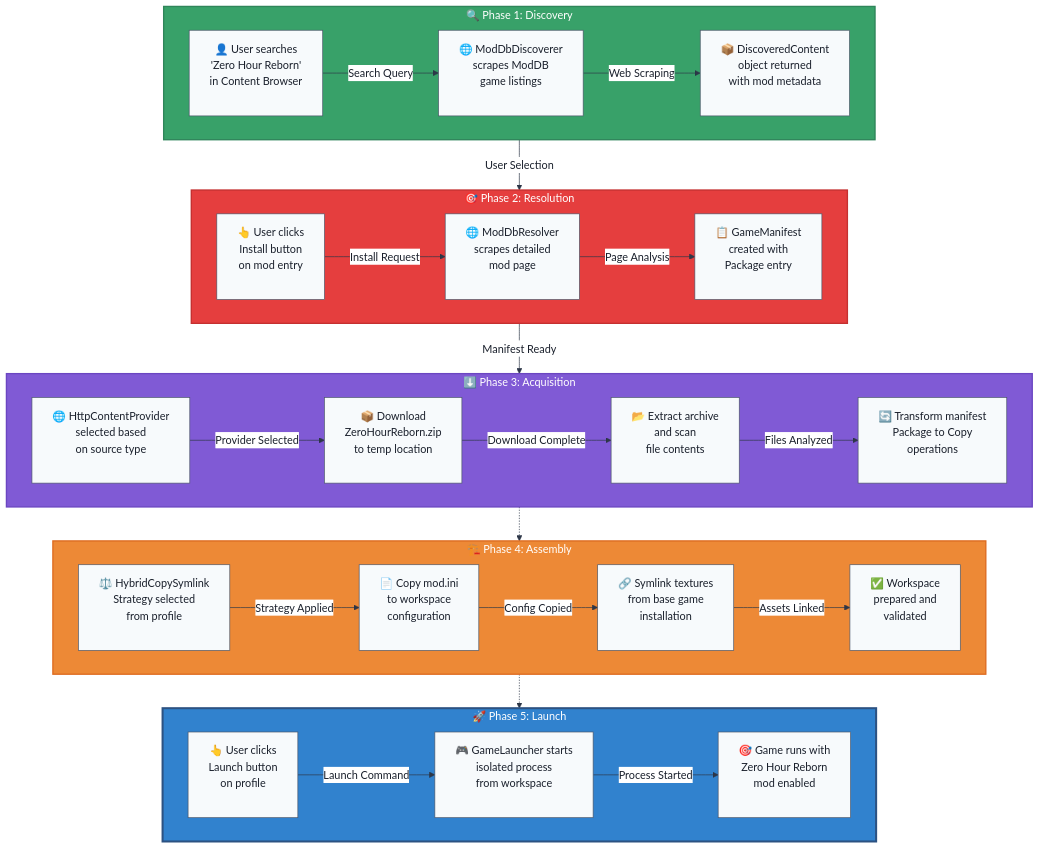
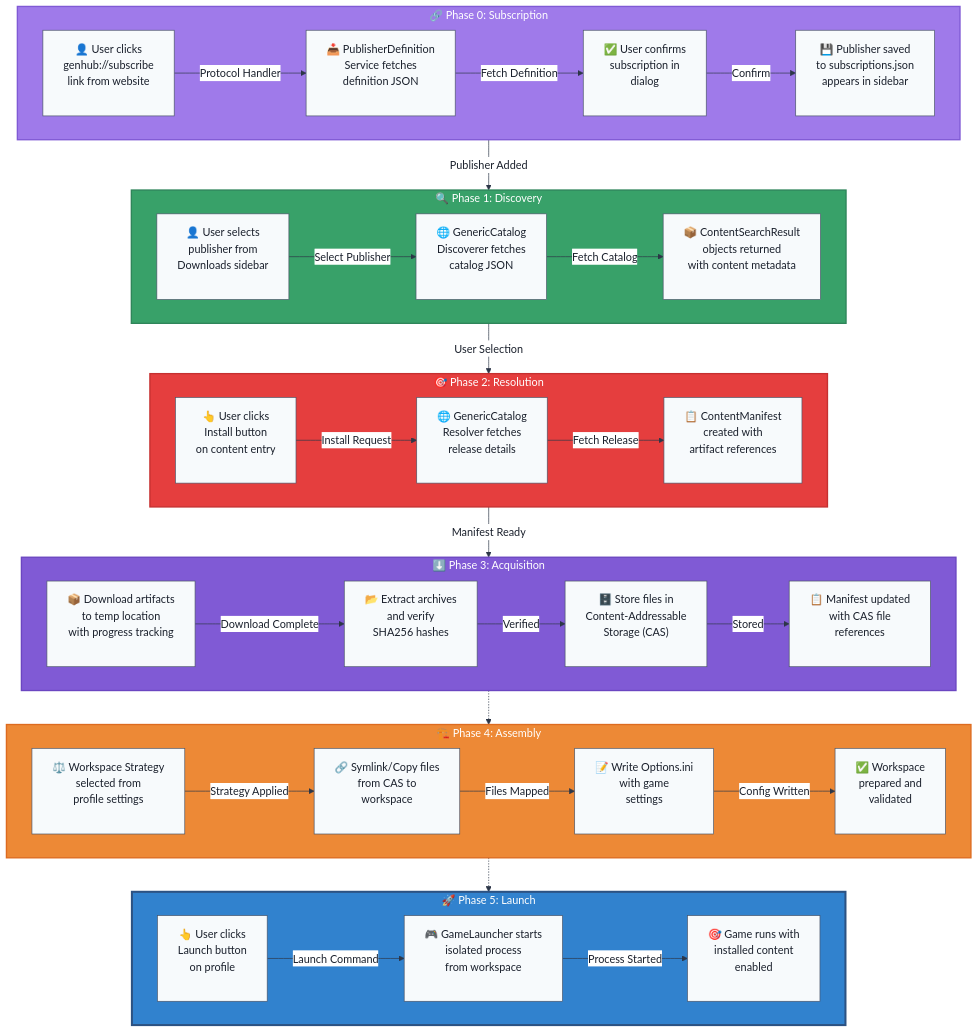
One commit to community-outpost/GenHub changed the diagram in docs/FlowCharts/Complete-User-Flow.md. Above: the diagram before and after it, drawn with Mermaid. The commit also changed other lines of this file and 65 other files, not shown here.

```diff
--- a/docs/FlowCharts/Complete-User-Flow.md
+++ b/docs/FlowCharts/Complete-User-Flow.md
@@ -23,37 +23,48 @@
 }}%%
 
 flowchart TD
+ subgraph P0["🔗 Phase 0: Subscription"]
+        A0["👤 User clicks<br>genhub://subscribe<br>link from website
+<br>"]
+        A01["📥 PublisherDefinition<br>Service fetches<br>definition JSON
+<br>"]
+        A02["✅ User confirms<br>subscription in<br>dialog
+<br>"]
+        A03["💾 Publisher saved<br>to subscriptions.json<br>appears in sidebar
+<br>"]
+  end
  subgraph P1["🔍 Phase 1: Discovery"]
-        A1@{ label: "👤 User searches<br>'Zero Hour Reborn'<br>in Content Browser\n<br>" }
-        A2["🌐 ModDbDiscoverer<br>scrapes ModDB<br>game listings
+        A1["👤 User selects<br>publisher from<br>Downloads sidebar
 <br>"]
-        A3["📦 DiscoveredContent<br>object returned<br>with mod metadata
+        A2["🌐 GenericCatalog<br>Discoverer fetches<br>catalog JSON
+<br>"]
+        A3["📦 ContentSearchResult<br>objects returned<br>with content metadata
 <br>"]
   end
  subgraph P2["🎯 Phase 2: Resolution"]
-        B1["👆 User clicks<br>Install button<br>on mod entry
+        B1["👆 User clicks<br>Install button<br>on content entry
 <br>"]
-        B2["🌐 ModDbResolver<br>scrapes detailed<br>mod page
+        B2["🌐 GenericCatalog<br>Resolver fetches<br>release details
 <br>"]
-        B3["📋 GameManifest<br>created with<br>Package entry
+        B3["📋 ContentManifest<br>created with<br>artifact references
 <br>"]
   end
  subgraph P3["⬇️ Phase 3: Acquisition"]
-        C1["🌐 HttpContentProvider<br>selected based<br>on source type
+        C1["📦 Download artifacts<br>to temp location<br>with progress tracking
 <br>"]
-        C2["📦 Download<br>ZeroHourReborn.zip<br>to temp location
+        C2["📂 Extract archives<br>and verify<br>SHA256 hashes
 <br>"]
-        C3["📂 Extract archive<br>and scan<br>file contents
+        C3["🗄️ Store files in<br>Content-Addressable<br>Storage (CAS)
 <br>"]
-        C4["🔄 Transform manifest<br>Package to Copy<br>operations
+        C4["📋 Manifest updated<br>with CAS file<br>references
 <br>"]
   end
  subgraph P4["🏗️ Phase 4: Assembly"]
-        D1["⚖️ HybridCopySymlink<br>Strategy selected<br>from profile
+        D1["⚖️ Workspace Strategy<br>selected from<br>profile settings
 <br>"]
-        D2["📄 Copy mod.ini<br>to workspace<br>configuration
+        D2["🔗 Symlink/Copy files<br>from CAS to<br>workspace
 <br>"]
-        D3["🔗 Symlink textures<br>from base game<br>installation
+        D3["📝 Write Options.ini<br>with game<br>settings
 <br>"]
         D4["✅ Workspace<br>prepared and<br>validated
 <br>"]
@@ -63,26 +74,30 @@
 <br>"]
         E2["🎮 GameLauncher starts<br>isolated process<br>from workspace
 <br>"]
-        E3["🎯 Game runs with<br>Zero Hour Reborn<br>mod enabled
+        E3["🎯 Game runs with<br>installed content<br>enabled
 <br>"]
   end
-    A1 -- Search Query --> A2
-    A2 -- Web Scraping --> A3
+    A0 -- Protocol Handler --> A01
+    A01 -- Fetch Definition --> A02
+    A02 -- Confirm --> A03
+    P0 -- Publisher Added --> P1
+    A1 -- Select Publisher --> A2
+    A2 -- Fetch Catalog --> A3
     P1 -- User Selection --> P2
     B1 -- Install Request --> B2
-    B2 -- Page Analysis --> B3
+    B2 -- Fetch Release --> B3
     P2 -- Manifest Ready --> P3
-    C1 -- Provider Selected --> C2
-    C2 -- Download Complete --> C3
-    C3 -- Files Analyzed --> C4
+    C1 -- Download Complete --> C2
+    C2 -- Verified --> C3
+    C3 -- Stored --> C4
     P3 -.-> P4
     D1 -- Strategy Applied --> D2
-    D2 -- Config Copied --> D3
-    D3 -- Assets Linked --> D4
+    D2 -- Files Mapped --> D3
+    D3 -- Config Written --> D4
     P4 -.-> P5
     E1 -- Launch Command --> E2
     E2 -- Process Started --> E3
-    A1@{ shape: rect}
+    style P0 fill:#9f7aea,stroke:#805ad5,stroke-width:2px,color:#ffffff
     style P1 fill:#38a169,stroke:#2f855a,stroke-width:2px,color:#ffffff
     style P2 fill:#e53e3e,stroke:#c53030,stroke-width:2px,color:#ffffff
     style P3 fill:#805ad5,stroke:#6b46c1,stroke-width:2px,color:#ffffff
```
